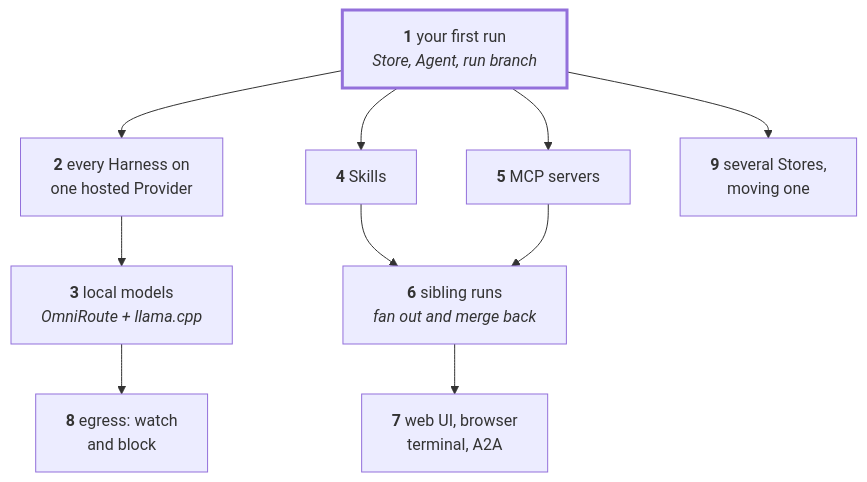
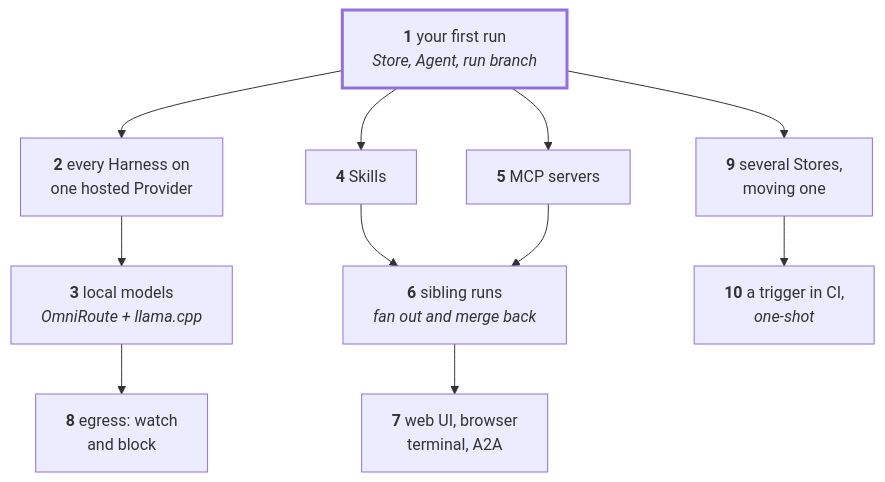
One commit to BelphegorPrime/e changed the diagram in docs/tutorials/README.md. Above: the diagram before and after it, drawn with Mermaid. The commit also changed other lines of this file and 26 other files, not shown here.

First line of the commit message:
feat(trigger): one-shot, e spawn --trigger <name> [--event <path>]

````diff
--- a/docs/tutorials/README.md
+++ b/docs/tutorials/README.md
@@ -21,24 +22,26 @@
 ```mermaid
 flowchart TB
     t1["<b>1</b> your first run<br/><i>Store, Agent, run branch</i>"]
     t2["<b>2</b> every Harness on<br/>one hosted Provider"]
     t3["<b>3</b> local models<br/><i>OmniRoute + llama.cpp</i>"]
     t4["<b>4</b> Skills"]
     t5["<b>5</b> MCP servers"]
     t6["<b>6</b> sibling runs<br/><i>fan out and merge back</i>"]
     t7["<b>7</b> web UI, browser<br/>terminal, A2A"]
     t8["<b>8</b> egress: watch<br/>and block"]
     t9["<b>9</b> several Stores,<br/>moving one"]
+    t10["<b>10</b> a trigger in CI,<br/><i>one-shot</i>"]
 
     t1 --> t2 --> t3
     t1 --> t4
     t1 --> t5
     t4 --> t6
     t5 --> t6
     t6 --> t7
     t3 --> t8
     t1 --> t9
+    t9 --> t10
 
     classDef start stroke-width:3px
     class t1 start
 ```
````
